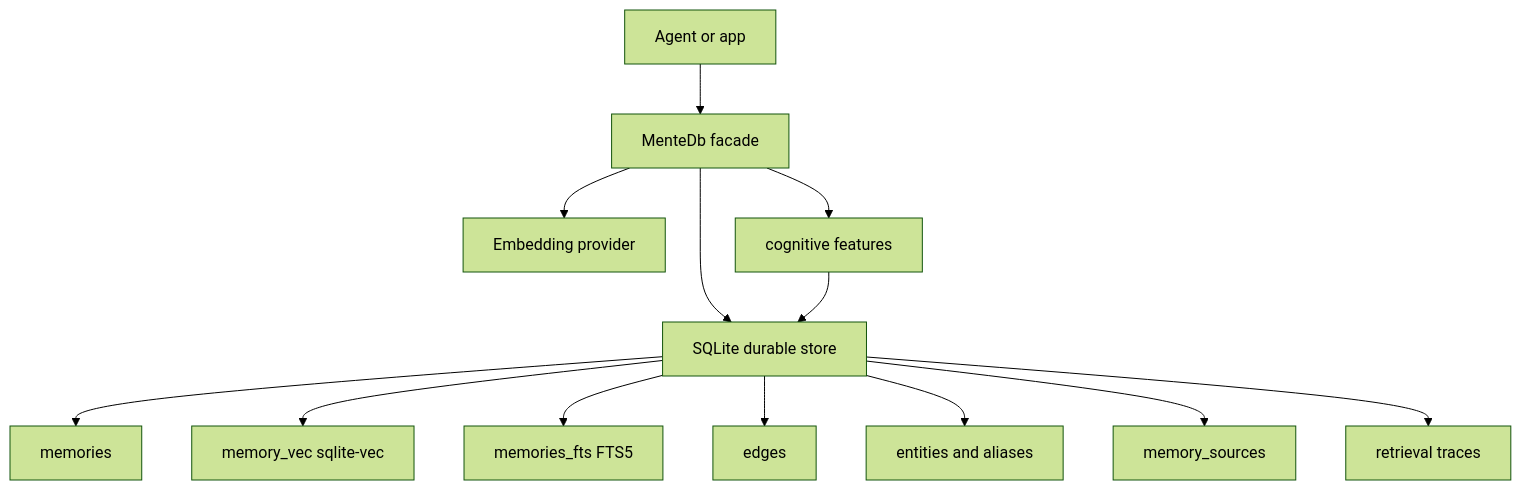
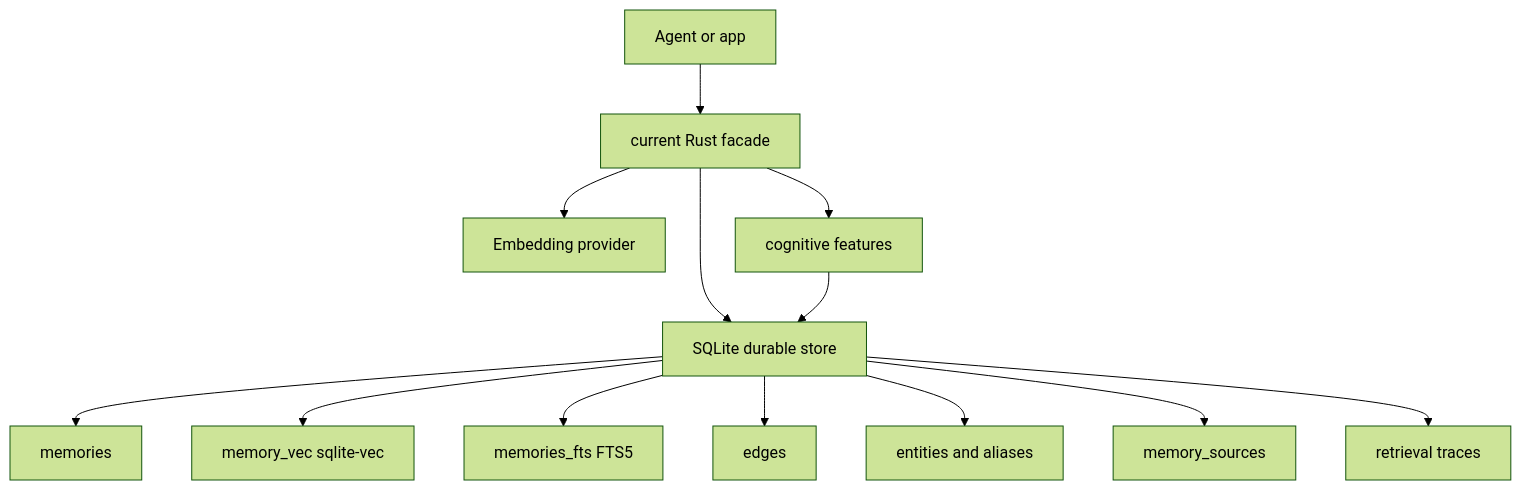
One commit to Spsden/grasp changed the diagram in README.md. Above: the diagram before and after it, drawn with Mermaid (forest theme). The commit also changed other lines of this file and 27 other files, not shown here.

````diff
--- a/README.md
+++ b/README.md
@@ -184,15 +185,15 @@
 ```mermaid
 graph TD
-    APP["Agent or app"] --> FACADE["MenteDb facade"]
+    APP["Agent or app"] --> FACADE["current Rust facade"]
     FACADE --> EMBED["Embedding provider"]
     FACADE --> SQLITE["SQLite durable store"]
     SQLITE --> MEM["memories"]
     SQLITE --> VEC["memory_vec sqlite-vec"]
     SQLITE --> FTS["memories_fts FTS5"]
     SQLITE --> GRAPH["edges"]
     SQLITE --> ENT["entities and aliases"]
     SQLITE --> SRC["memory_sources"]
     SQLITE --> TRACE["retrieval traces"]
     FACADE --> COG["cognitive features"]
     COG --> SQLITE
 ```
````
